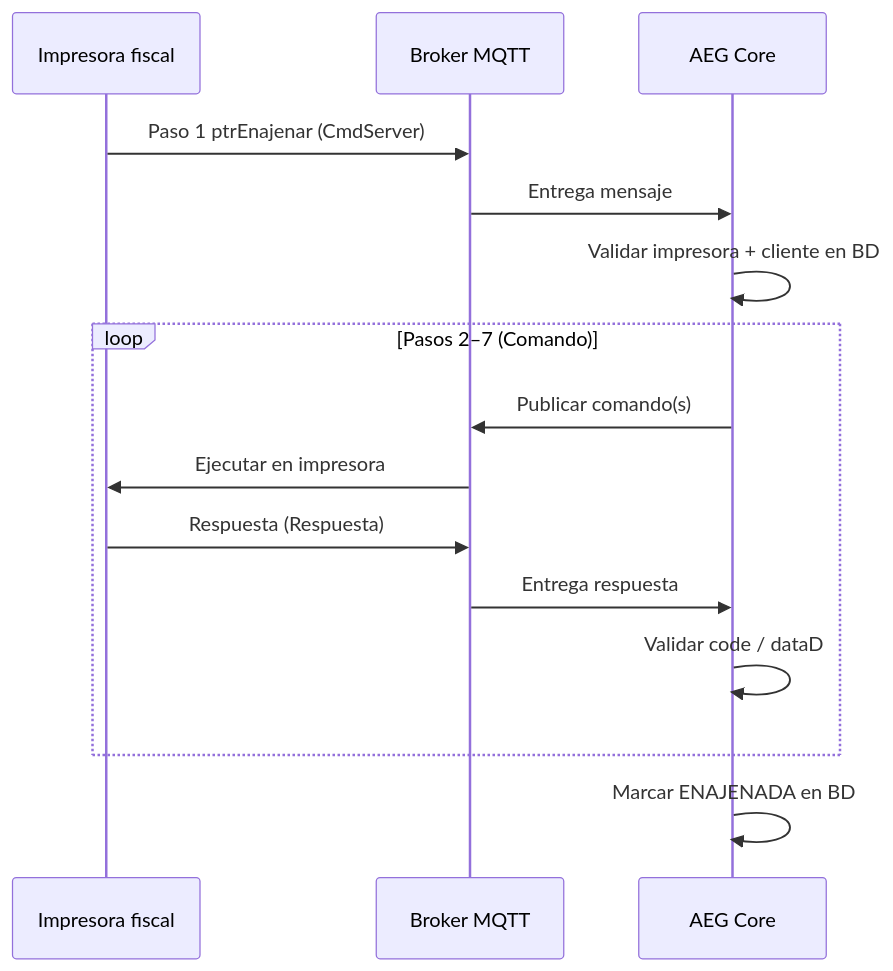
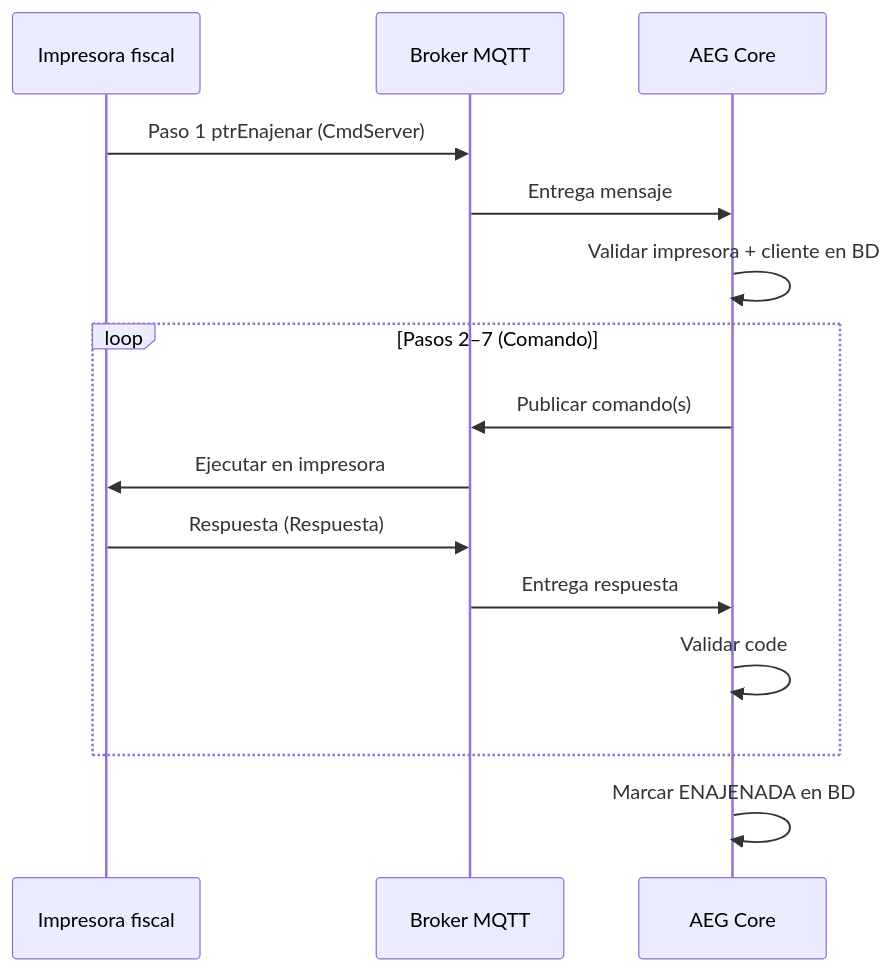
The diagram in docs/ENAJENACION_MQTT.md (CarlosLDC/aeg-core), drawn with Mermaid before and after one commit. The commit also changed other lines of this file and 2 other files, not shown here.

First line of the commit message:
Validate only code in fiscal MQTT responses; ignore dynamic dataD.

````diff
--- a/docs/ENAJENACION_MQTT.md
+++ b/docs/ENAJENACION_MQTT.md
@@ -55,20 +55,20 @@
 ```mermaid
 sequenceDiagram
     participant P as Impresora fiscal
     participant B as Broker MQTT
     participant S as AEG Core
 
     P->>B: Paso 1 ptrEnajenar (CmdServer)
     B->>S: Entrega mensaje
     S->>S: Validar impresora + cliente en BD
 
     loop Pasos 2–7 (Comando)
         S->>B: Publicar comando(s)
         B->>P: Ejecutar en impresora
         P->>B: Respuesta (Respuesta)
         B->>S: Entrega respuesta
-        S->>S: Validar code / dataD
+        S->>S: Validar code
     end
 
     S->>S: Marcar ENAJENADA en BD
 ```
````
